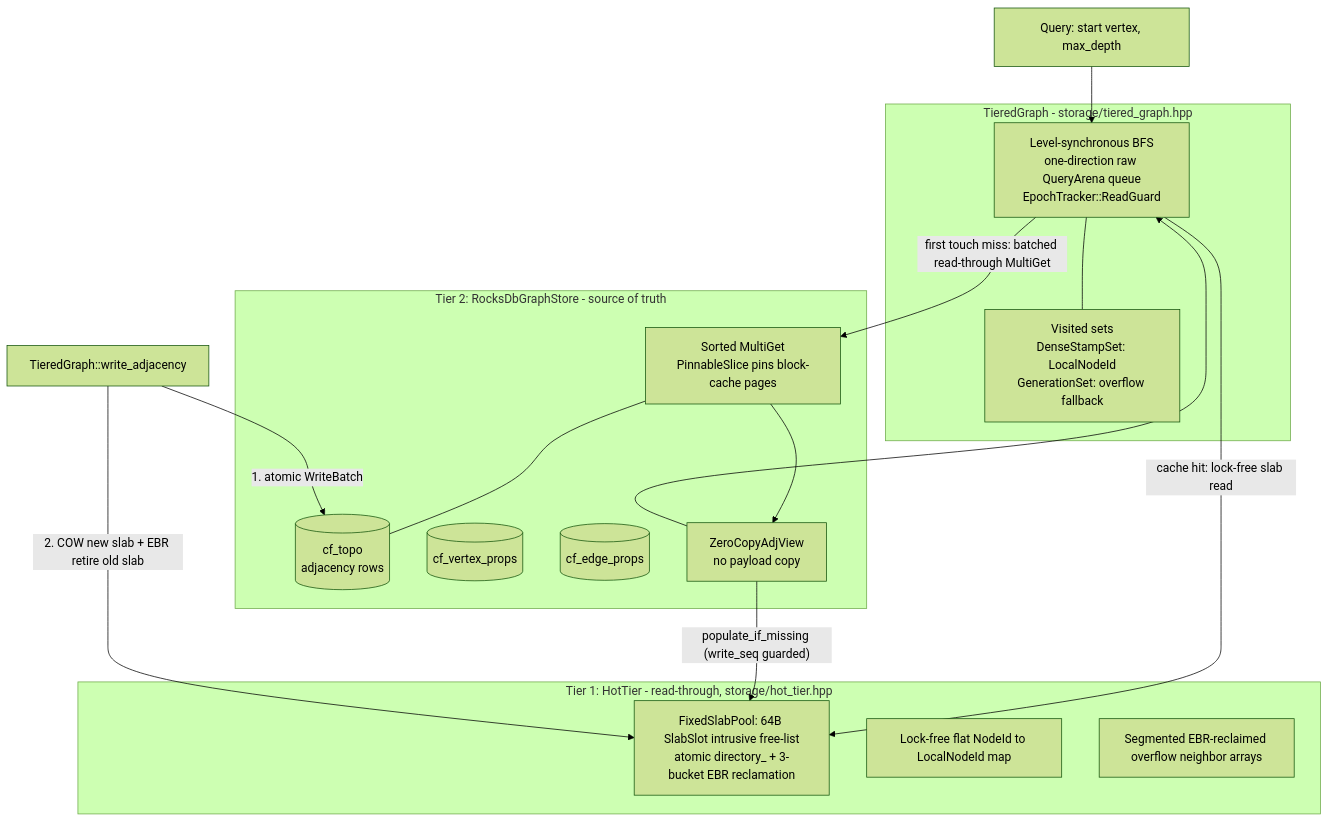
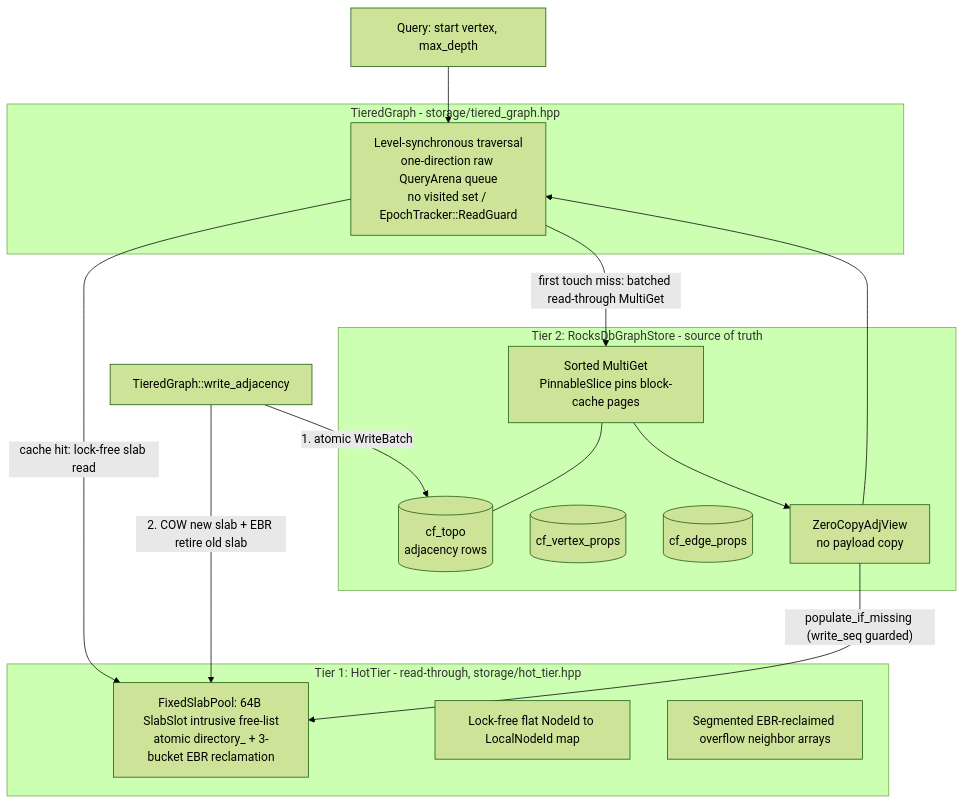
One commit to luxianlong/low_latency_graphDB changed the diagram in README.md. Above: the diagram before and after it, drawn with Mermaid (forest theme). The commit also changed other lines of this file and 4 other files, not shown here.

Commit message:
Remove visited sets from TieredGraph and allow duplicate visits

````diff
--- a/README.md
+++ b/README.md
@@ -11,34 +11,32 @@
 ```mermaid
 flowchart TB
     Q[Query: start vertex, max_depth] --> BFS
 
     subgraph TG[TieredGraph - storage/tiered_graph.hpp]
-        BFS[Level-synchronous BFS<br/>one-direction raw QueryArena queue<br/>EpochTracker::ReadGuard]
-        VIS[Visited sets<br/>DenseStampSet: LocalNodeId<br/>GenerationSet: overflow fallback]
-        BFS --- VIS
+        BFS[Level-synchronous traversal<br/>one-direction raw QueryArena queue<br/>no visited set / EpochTracker::ReadGuard]
     end
 
     subgraph T1[Tier 1: HotTier - read-through, storage/hot_tier.hpp]
         SL[FixedSlabPool: 64B SlabSlot intrusive free-list<br/>atomic directory_ + 3-bucket EBR reclamation]
         MAP[Lock-free flat NodeId to LocalNodeId map]
         OVF[Segmented EBR-reclaimed overflow neighbor arrays]
     end
 
     subgraph T2[Tier 2: RocksDbGraphStore - source of truth]
         TOPO[(cf_topo<br/>adjacency rows)]
         VP[(cf_vertex_props)]
         EP[(cf_edge_props)]
         PIN[Sorted MultiGet<br/>PinnableSlice pins block-cache pages]
         ZC[ZeroCopyAdjView<br/>no payload copy]
         PIN --- TOPO
         PIN --> ZC
     end
 
     BFS -- "cache hit: lock-free slab read" --> SL
     BFS -- "first touch miss: batched read-through MultiGet" --> PIN
     ZC -- "populate_if_missing (write_seq guarded)" --> SL
     ZC --> BFS
 
     W[TieredGraph::write_adjacency] -- "1. atomic WriteBatch" --> TOPO
     W -- "2. COW new slab + EBR retire old slab" --> SL
 ```
````
